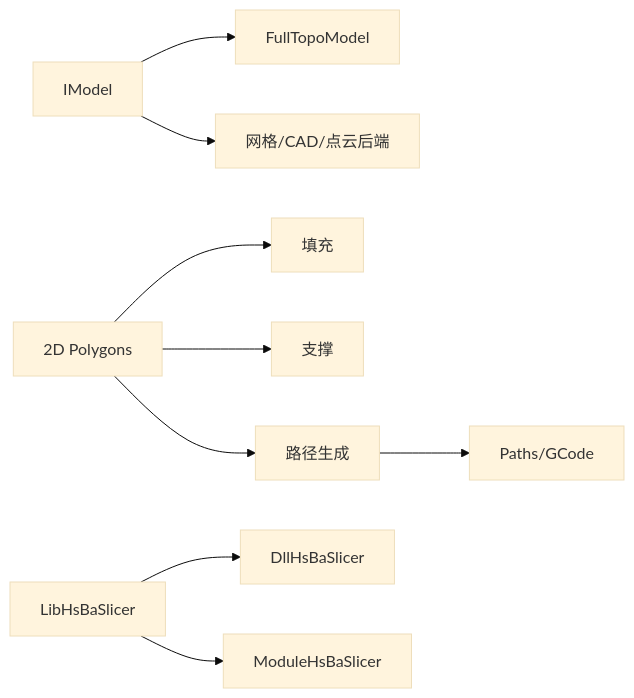
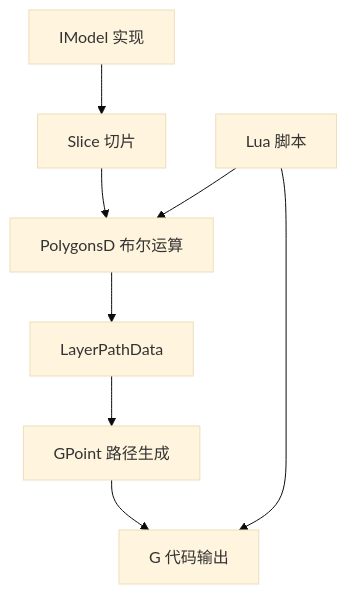
The eighth of 8 diagrams in .qoder/repowiki/zh/content/核心概念/核心概念.md (hsmbanlance/HsBaSlicer), drawn with Mermaid (base theme) before and after one commit. The commit also changed other lines of this file and 1135 other files, not shown here.

````diff
--- a/.qoder/repowiki/zh/content/核心概念/核心概念.md
+++ b/.qoder/repowiki/zh/content/核心概念/核心概念.md
@@ -349,11 +402,10 @@
 ```mermaid
-graph LR
-IModel["IModel"] --> FullTopo["FullTopoModel"]
-IModel --> MeshBackends["网格/CAD/点云后端"]
-Polygons["2D Polygons"] --> Fill["填充"]
-Polygons --> Support["支撑"]
-Polygons --> PathGen["路径生成"]
-LibCore["LibHsBaSlicer"] --> DllUpper["DllHsBaSlicer"]
-LibCore --> ModAPI["ModuleHsBaSlicer"]
-PathGen --> PathsOut["Paths/GCode"]
+graph TB
+M["IModel 实现"] --> S["Slice 切片"]
+S --> P["PolygonsD 布尔运算"]
+P --> L["LayerPathData"]
+L --> G["GPoint 路径生成"]
+G --> O["G 代码输出"]
+U["Lua 脚本"] --> P
+U --> O
 ```
````
